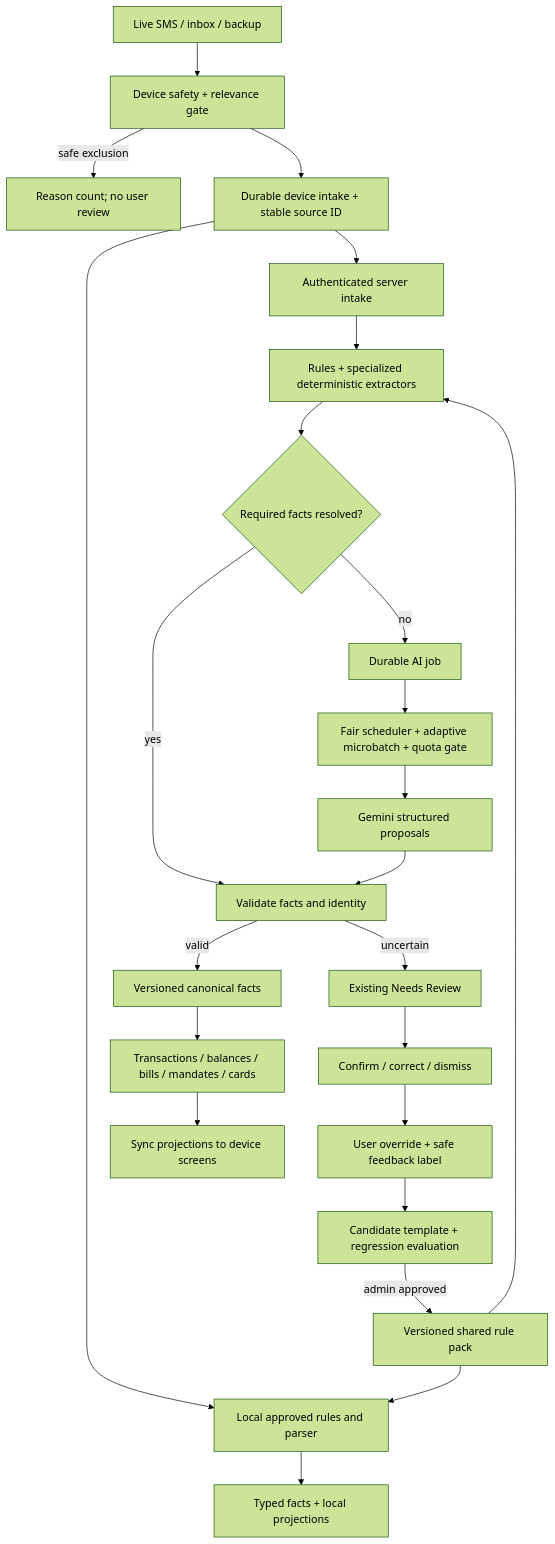
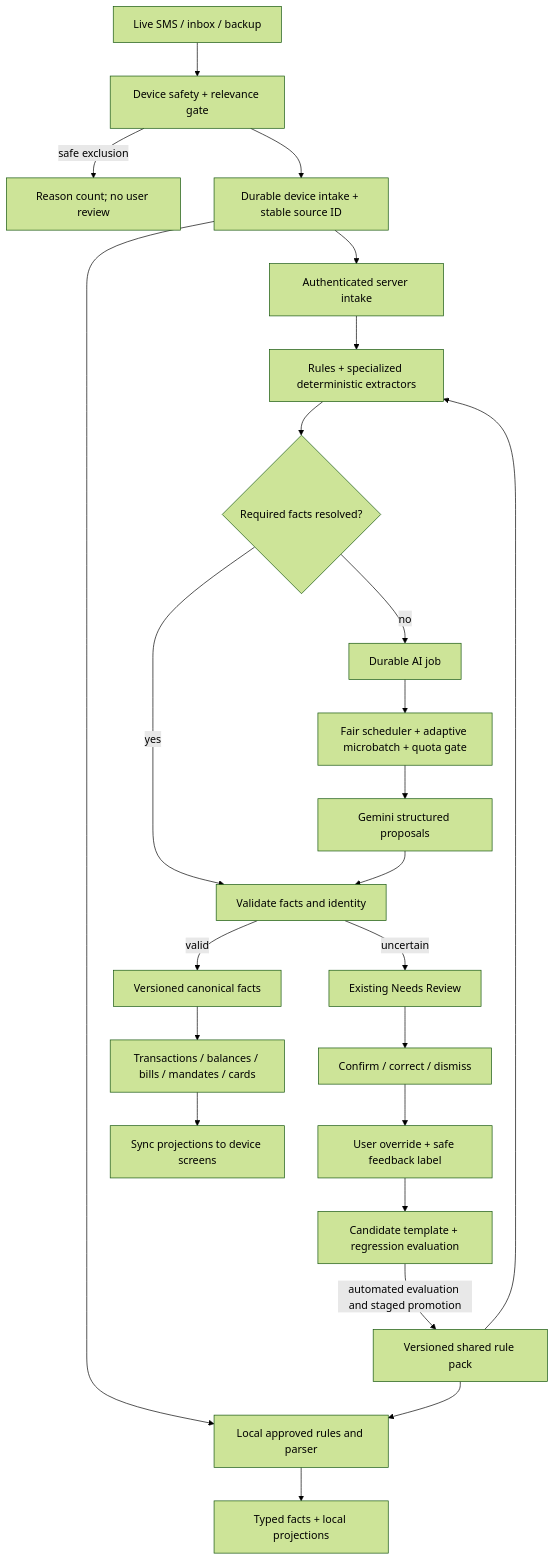
Before and after one commit to true1ck/pandapay: the diagram in docs/SMS_INTELLIGENCE_MASTER_IMPLEMENTATION_PLAN.md, drawn with Mermaid (forest theme). The commit also changed other lines of this file and 14 other files, not shown here.

````diff
--- a/docs/SMS_INTELLIGENCE_MASTER_IMPLEMENTATION_PLAN.md
+++ b/docs/SMS_INTELLIGENCE_MASTER_IMPLEMENTATION_PLAN.md
@@ -41,26 +43,26 @@
 ```mermaid
 flowchart TD
   A[Live SMS / inbox / backup] --> B[Device safety + relevance gate]
   B -->|safe exclusion| X[Reason count; no user review]
   B --> C[Durable device intake + stable source ID]
   C --> D[Local approved rules and parser]
   D --> E[Typed facts + local projections]
   C --> F[Authenticated server intake]
   F --> G[Rules + specialized deterministic extractors]
   G --> H{Required facts resolved?}
   H -->|yes| I[Validate facts and identity]
   H -->|no| J[Durable AI job]
   J --> K[Fair scheduler + adaptive microbatch + quota gate]
   K --> L[Gemini structured proposals]
   L --> I
   I -->|valid| M[Versioned canonical facts]
   I -->|uncertain| N[Existing Needs Review]
   M --> O[Transactions / balances / bills / mandates / cards]
   O --> P[Sync projections to device screens]
   N --> Q[Confirm / correct / dismiss]
   Q --> R[User override + safe feedback label]
   R --> S[Candidate template + regression evaluation]
-  S -->|admin approved| T[Versioned shared rule pack]
+  S -->|automated evaluation and staged promotion| T[Versioned shared rule pack]
   T --> D
   T --> G
 ```
````
